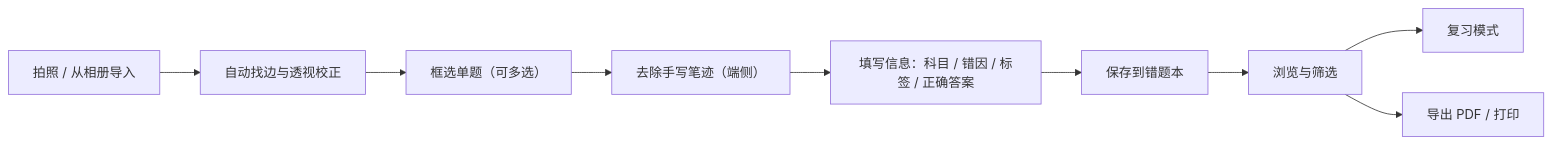
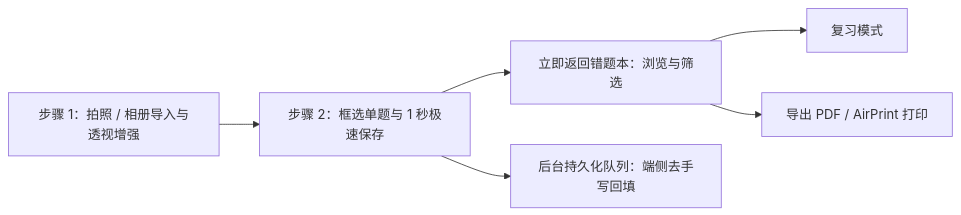
The first of 3 diagrams in Docs/PRD.md (NotBad-Labs/snapdrill-ios), drawn with Mermaid before and after one commit. The commit also changed other lines of this file and 12 other files, not shown here.

````diff
--- a/Docs/PRD.md
+++ b/Docs/PRD.md
@@ -106,11 +140,8 @@
 ```mermaid
 flowchart LR
-    A["拍照 / 从相册导入"] --> B["自动找边与透视校正"]
-    B --> C["框选单题（可多选）"]
-    C --> D["去除手写笔迹（端侧）"]
-    D --> E["填写信息：科目 / 错因 / 标签 / 正确答案"]
-    E --> F["保存到错题本"]
-    F --> G["浏览与筛选"]
-    G --> H["复习模式"]
-    G --> I["导出 PDF / 打印"]
+    A["步骤 1：拍照 / 相册导入与透视增强"] --> B["步骤 2：框选单题与 1 秒极速保存"]
+    B --> C["立即返回错题本：浏览与筛选"]
+    B --> D["后台持久化队列：端侧去手写回填"]
+    C --> E["复习模式"]
+    C --> F["导出 PDF / AirPrint 打印"]
 ```
````
